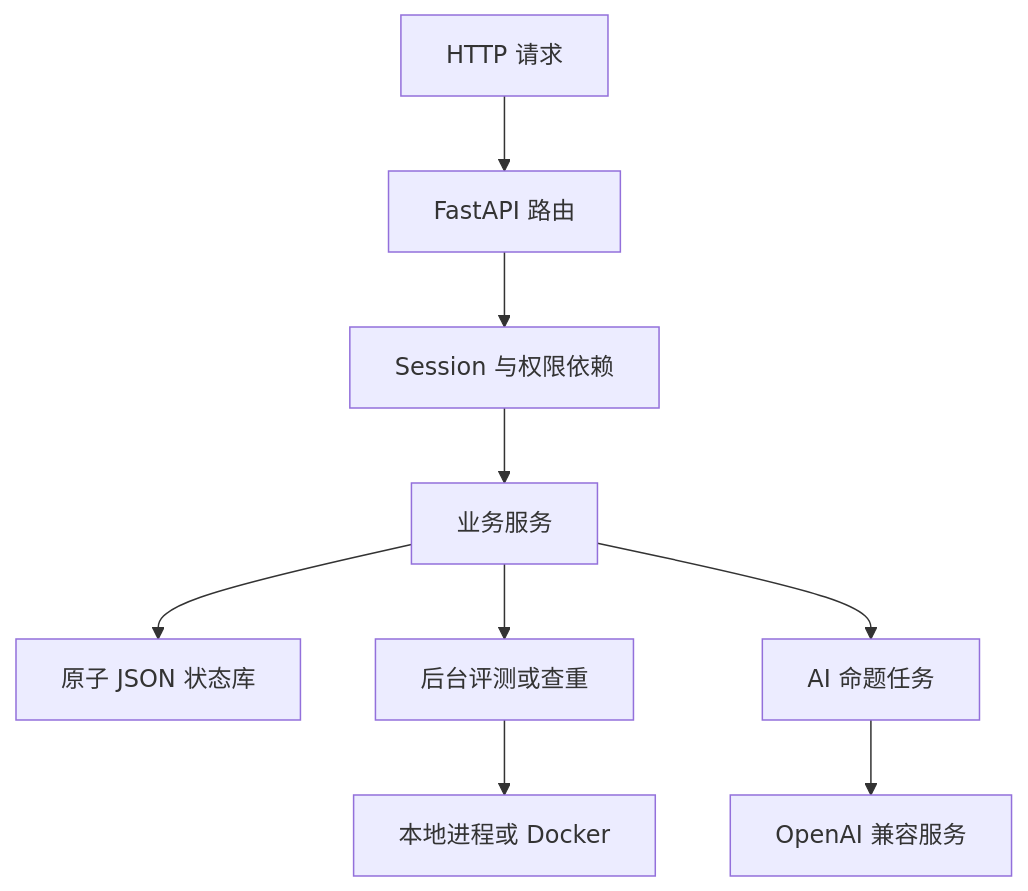
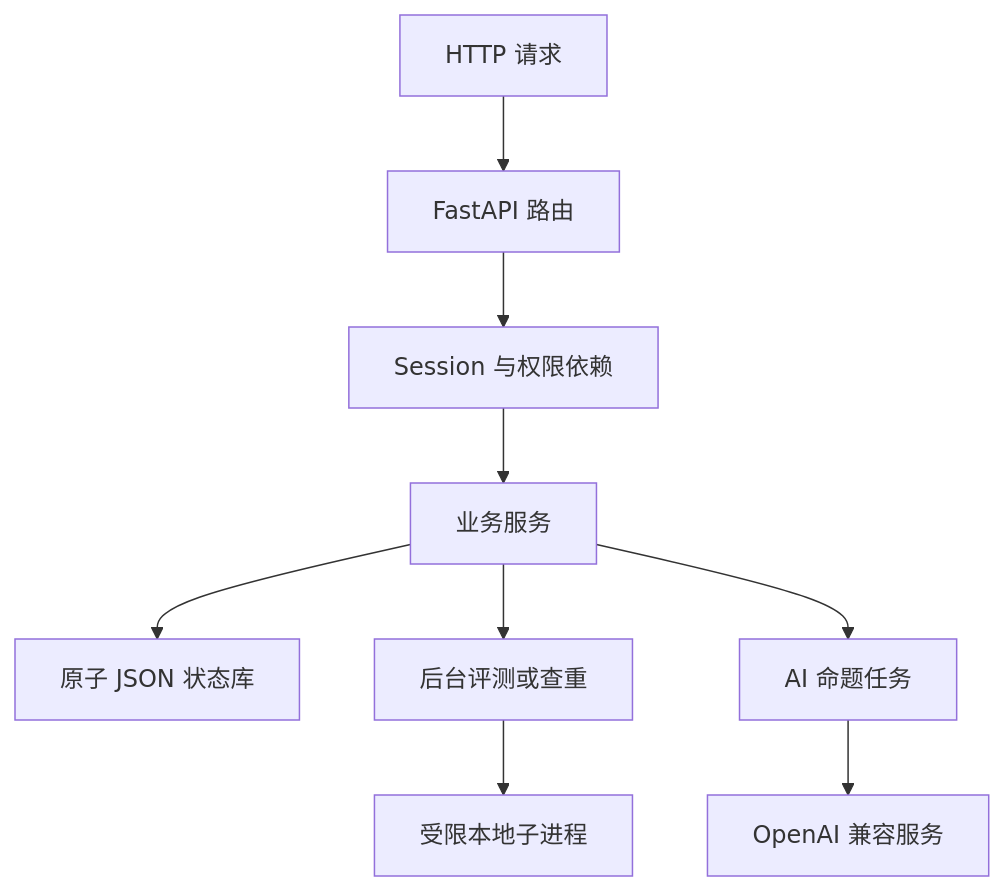
Before and after one commit to Tristoxy/oj-system-project: the first of 2 diagrams in docs/DEFENSE_GUIDE.md, drawn with Mermaid. The commit also changed other lines of this file and 15 other files, not shown here.

````diff
--- a/docs/DEFENSE_GUIDE.md
+++ b/docs/DEFENSE_GUIDE.md
@@ -21,11 +21,11 @@
 ```mermaid
 flowchart TD
     A[HTTP 请求] --> B[FastAPI 路由]
     B --> C[Session 与权限依赖]
     C --> D[业务服务]
     D --> E[原子 JSON 状态库]
     D --> F[后台评测或查重]
-    F --> G[本地进程或 Docker]
+    F --> G[受限本地子进程]
     D --> H[AI 命题任务]
     H --> I[OpenAI 兼容服务]
 ```
````
